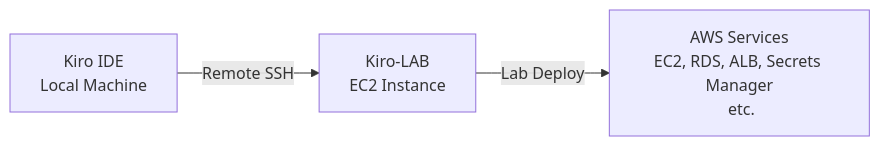
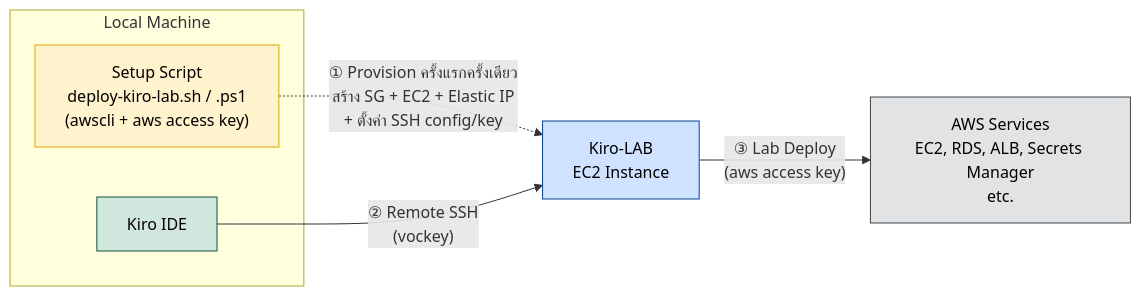
The diagram in README.md (chaisit/aws-kiro-workshop), drawn with Mermaid before and after one commit. The commit also changed other lines of this file, not shown here.

Commit message:
docs: add local setup script block to Lab Architecture diagram
Add Setup Script (deploy-kiro-lab.sh/.ps1) block to the Lab Architecture
mermaid diagram, showing the one-time provisioning step that uses awscli +
aws access key to create the Kiro-LAB EC2 instance, security group, and
Elastic IP before Kiro IDE connects via Remote SSH.

````diff
--- a/README.md
+++ b/README.md
@@ -13,5 +13,16 @@
 ```mermaid
 graph LR
-    A[Kiro IDE<br/>Local Machine] -->|Remote SSH| B[Kiro-LAB<br/>EC2 Instance]
-    B -->|Lab Deploy| C[AWS Services<br/>EC2, RDS, ALB, Secrets Manager<br> etc.]
+    subgraph LOCAL[Local Machine]
+        A[Kiro IDE]
+        S["Setup Script<br/>deploy-kiro-lab.sh / .ps1<br/>(awscli + aws access key)"]
+    end
+
+    S -.->|"① Provision ครั้งแรกครั้งเดียว<br/>สร้าง SG + EC2 + Elastic IP<br/>+ ตั้งค่า SSH config/key"| B
+    A -->|"② Remote SSH<br/>(vockey)"| B[Kiro-LAB<br/>EC2 Instance]
+    B -->|"③ Lab Deploy<br/>(aws access key)"| C[AWS Services<br/>EC2, RDS, ALB, Secrets Manager<br/>etc.]
+
+    style S fill:#fff3cd,stroke:#e0a800,color:#000
+    style A fill:#d1e7dd,stroke:#0f5132,color:#000
+    style B fill:#cfe2ff,stroke:#084298,color:#000
+    style C fill:#e2e3e5,stroke:#41464b,color:#000
 ```
````
